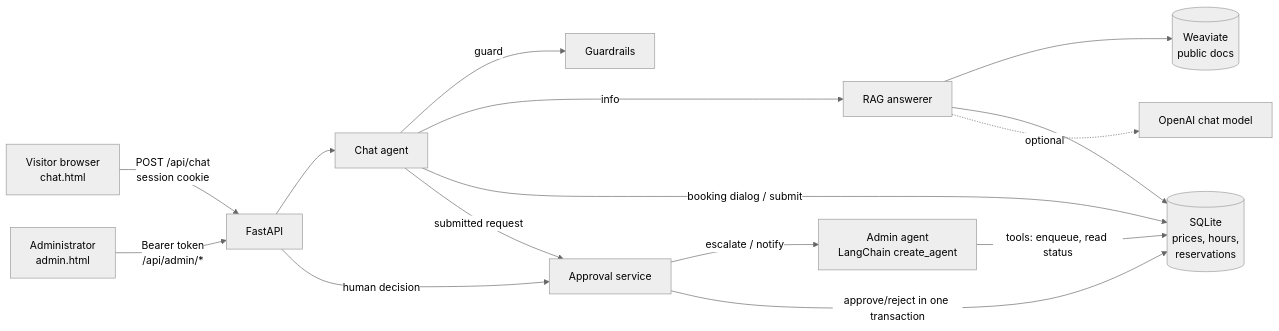
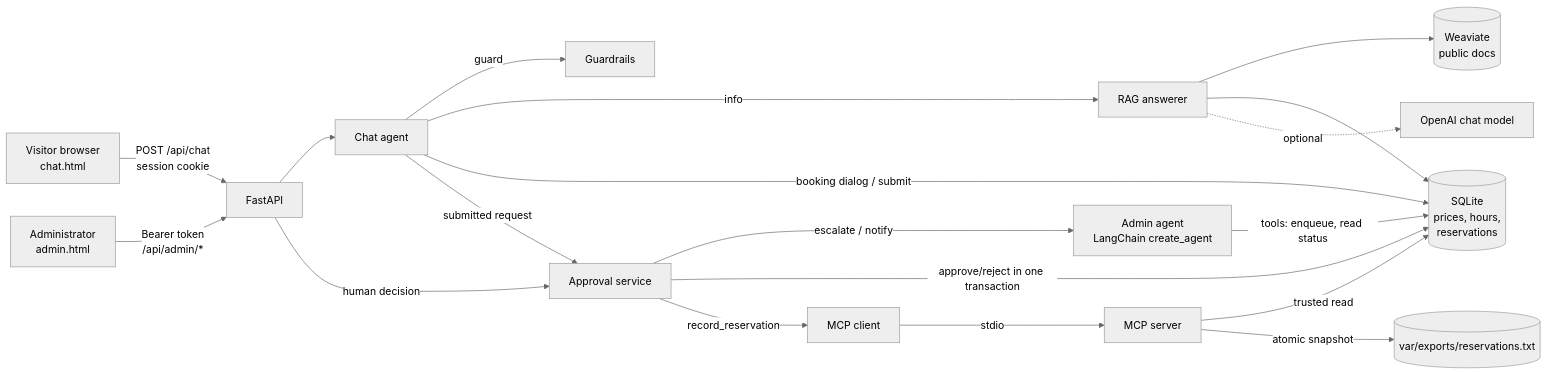
One commit to baranovYauheni/Parking-reservation-assistant changed the diagram in README.md. Above: the diagram before and after it, drawn with Mermaid (neutral theme). The commit also changed other lines of this file and 20 other files, not shown here.

First line of the commit message:
feat: stage 3 - record approved reservations via MCP server

````diff
--- a/README.md
+++ b/README.md
@@ -18,17 +18,20 @@
 ```mermaid
 flowchart LR
   U[Visitor browser<br/>chat.html] -->|POST /api/chat<br/>session cookie| API[FastAPI]
   A[Administrator<br/>admin.html] -->|Bearer token<br/>/api/admin/*| API
   API --> CG[Chat agent]
   CG -->|guard| G[Guardrails]
   CG -->|info| RAG[RAG answerer]
   RAG --> W[(Weaviate<br/>public docs)]
   RAG --> SQL[(SQLite<br/>prices, hours,<br/>reservations)]
   RAG -.optional.-> LLM[OpenAI chat model]
   CG -->|booking dialog / submit| SQL
   CG -->|submitted request| WF[Approval service]
   WF -->|escalate / notify| AG[Admin agent<br/>LangChain create_agent]
   AG -->|tools: enqueue, read status| SQL
   API -->|human decision| WF
   WF -->|approve/reject in one transaction| SQL
+  WF -->|record_reservation| MC[MCP client] -->|stdio| MS[MCP server]
+  MS -->|trusted read| SQL
+  MS -->|atomic snapshot| F[(var/exports/reservations.txt)]
 ```
````
